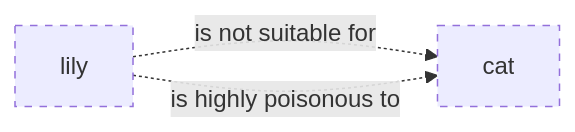
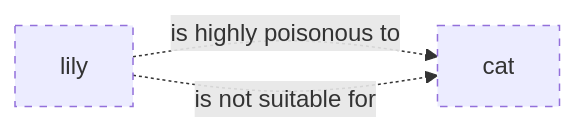
Diagram 41 of 57 in data/ontology-pets-and-house-rules/03_release/00_raw/level-2.md (belaboros/DomainAiAssistant), drawn with Mermaid before and after one commit. The commit also changed other lines of this file and 16 other files, not shown here.

First line of the commit message:
T39 (spec 0002): level diagrams near 16:9, is-a edges in relation diagrams

````diff
--- a/data/ontology-pets-and-house-rules/03_release/00_raw/level-2.md
+++ b/data/ontology-pets-and-house-rules/03_release/00_raw/level-2.md
@@ -670,9 +712,9 @@
 ```mermaid
 flowchart LR
     classDef draft stroke-dasharray: 5 5
     cn_01M82GY6D4FG58KKX81F7CX0F1["cat"]
     cn_01M82H0CT7BJSF0Q3S0YPNSAE6["lily"]
+    cn_01M82H0CT7BJSF0Q3S0YPNSAE6 -. "is highly poisonous to" .-> cn_01M82GY6D4FG58KKX81F7CX0F1
     cn_01M82H0CT7BJSF0Q3S0YPNSAE6 -. "is not suitable for" .-> cn_01M82GY6D4FG58KKX81F7CX0F1
-    cn_01M82H0CT7BJSF0Q3S0YPNSAE6 -. "is highly poisonous to" .-> cn_01M82GY6D4FG58KKX81F7CX0F1
     class cn_01M82GY6D4FG58KKX81F7CX0F1,cn_01M82H0CT7BJSF0Q3S0YPNSAE6 draft
 ```
````
